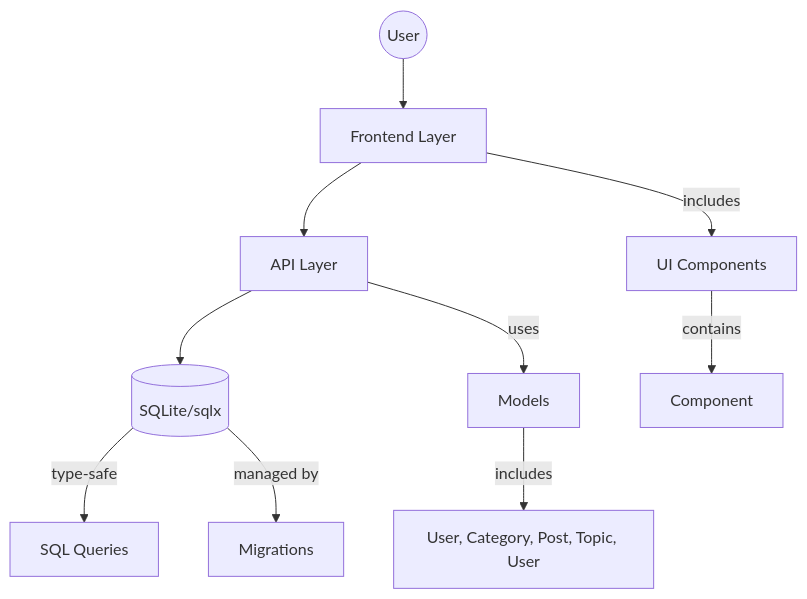
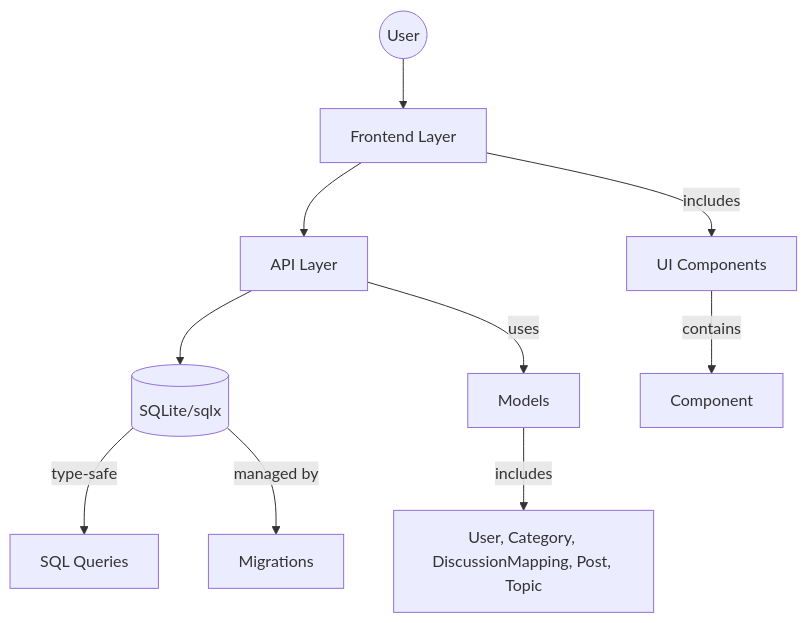
Before and after one commit to ordokr/LMS: the first of 2 diagrams in docs/system_architecture.md, drawn with Mermaid. The commit also changed other lines of this file and 52 other files, not shown here.

````diff
--- a/docs/system_architecture.md
+++ b/docs/system_architecture.md
@@ -68,12 +68,12 @@
 ```mermaid
 flowchart TB
     User((User)) --> FE[Frontend Layer]
     FE --> API[API Layer]
     API --> DB[(SQLite/sqlx)]
     FE --> |includes| UI[UI Components]
     UI --> |contains| FE_COMP[Component]
     API --> |uses| MODELS[Models]
-    MODELS --> |includes| MODEL_LIST[User, Category, Post, Topic, User]
+    MODELS --> |includes| MODEL_LIST[User, Category, DiscussionMapping, Post, Topic]
     DB --> |type-safe| SQL[SQL Queries]
     DB --> |managed by| MIGRATIONS[Migrations]
 ```
````
